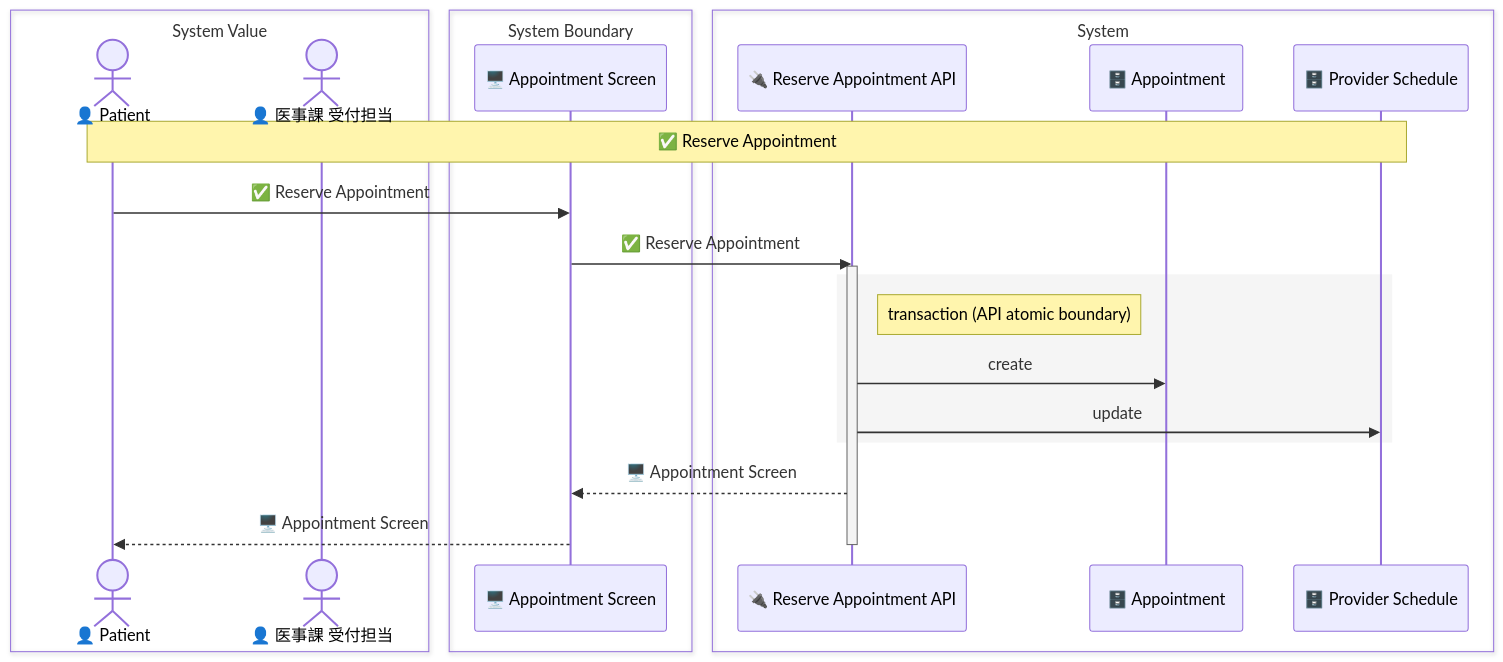
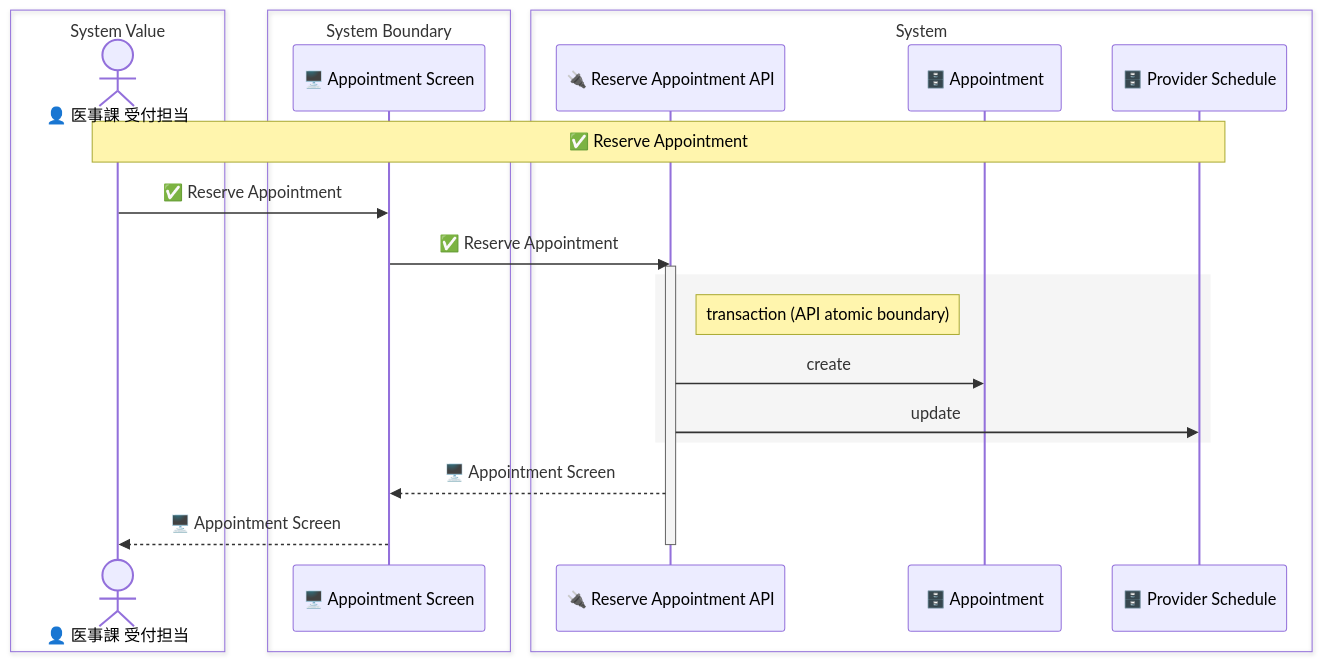
Before and after one commit to manji-0/rdra-ish-dsl: the diagram in samples/clinic-ops/out/uc/sequence_reserve_appointment.mmd, drawn with Mermaid. The commit also changed 19 other files, not shown here.

```diff
--- a/samples/clinic-ops/out/uc/sequence_reserve_appointment.mmd
+++ b/samples/clinic-ops/out/uc/sequence_reserve_appointment.mmd
@@ -1,26 +1,25 @@
 sequenceDiagram
   box System Value
-    actor Patient as 👤 Patient
     actor ReceptionClerk as 👤 医事課 受付担当
   end
   box System Boundary
     participant AppointmentScreen as 🖥️ Appointment Screen
   end
   box System
     participant ReserveAppointmentApi as 🔌 Reserve Appointment API
     participant Appointment as 🗄️ Appointment
     participant ProviderSchedule as 🗄️ Provider Schedule
   end
 
-  Note over Patient,ProviderSchedule: ✅ Reserve Appointment
-  Patient->>AppointmentScreen: ✅ Reserve Appointment
+  Note over ReceptionClerk,ProviderSchedule: ✅ Reserve Appointment
+  ReceptionClerk->>AppointmentScreen: ✅ Reserve Appointment
   AppointmentScreen->>ReserveAppointmentApi: ✅ Reserve Appointment
   activate ReserveAppointmentApi
   rect rgb(245,245,245)
     Note right of ReserveAppointmentApi: transaction (API atomic boundary)
     ReserveAppointmentApi->>Appointment: create
     ReserveAppointmentApi->>ProviderSchedule: update
   end
   ReserveAppointmentApi-->>AppointmentScreen: 🖥️ Appointment Screen
-  AppointmentScreen-->>Patient: 🖥️ Appointment Screen
+  AppointmentScreen-->>ReceptionClerk: 🖥️ Appointment Screen
   deactivate ReserveAppointmentApi
```
